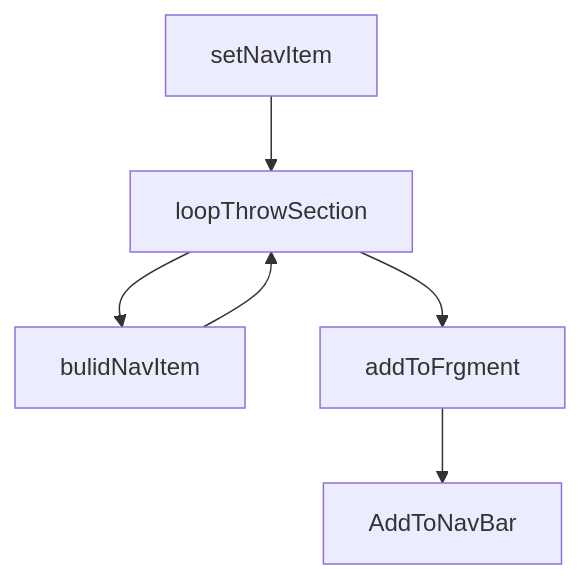
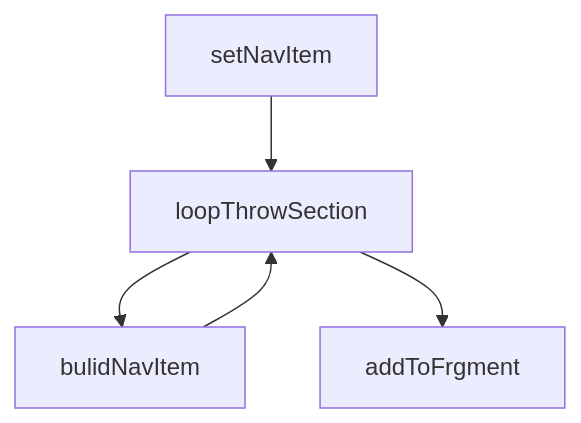
Before and after one commit to Ftohtarek/Udacity-Project: the first of 2 diagrams in Quiz/README.MD, drawn with Mermaid. The commit also changed other lines of this file, not shown here.

````diff
--- a/Quiz/README.MD
+++ b/Quiz/README.MD
@@ -34,8 +34,7 @@
     ```mermaid
     graph TD;
         setNavItem-->loopThrowSection;
         loopThrowSection-->bulidNavItem;
         bulidNavItem-->loopThrowSection;
         loopThrowSection-->addToFrgment;
-        addToFrgment-->AddToNavBar;
     ```
````
